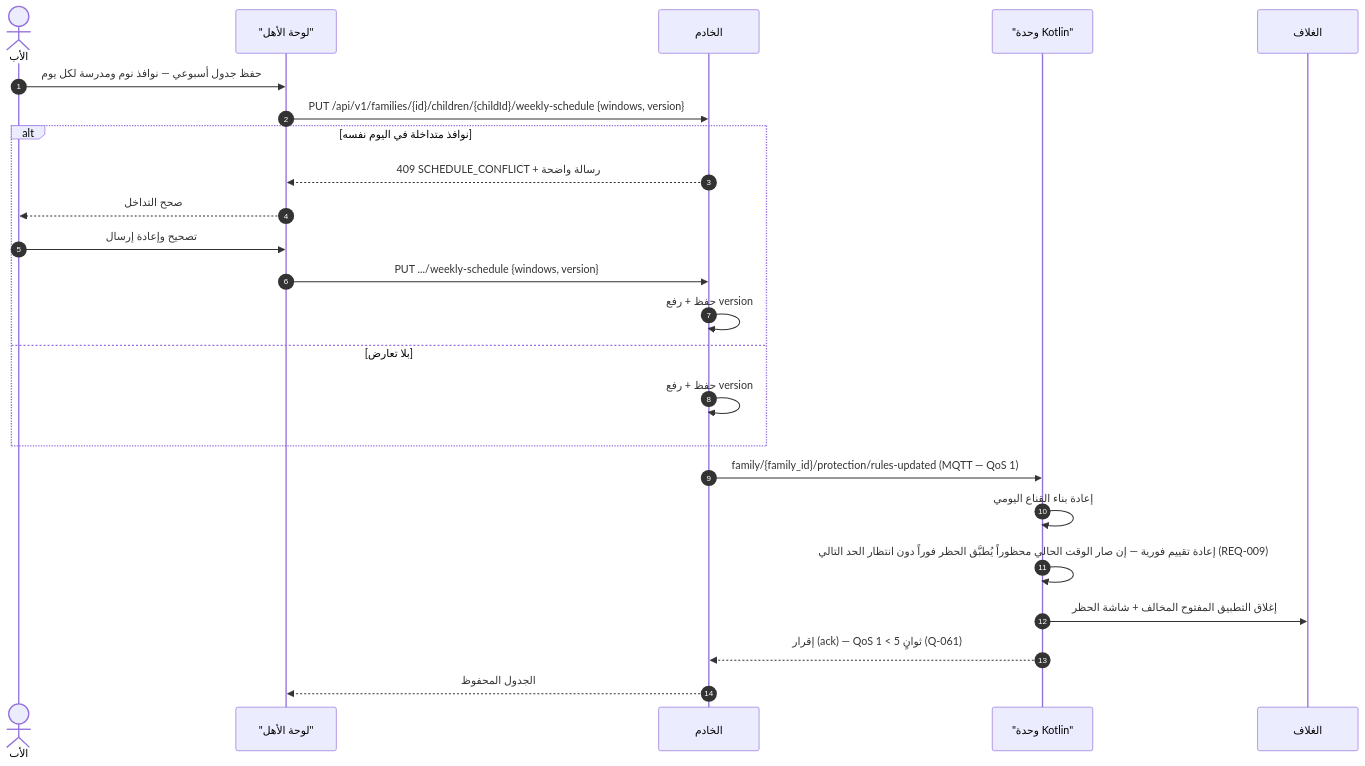
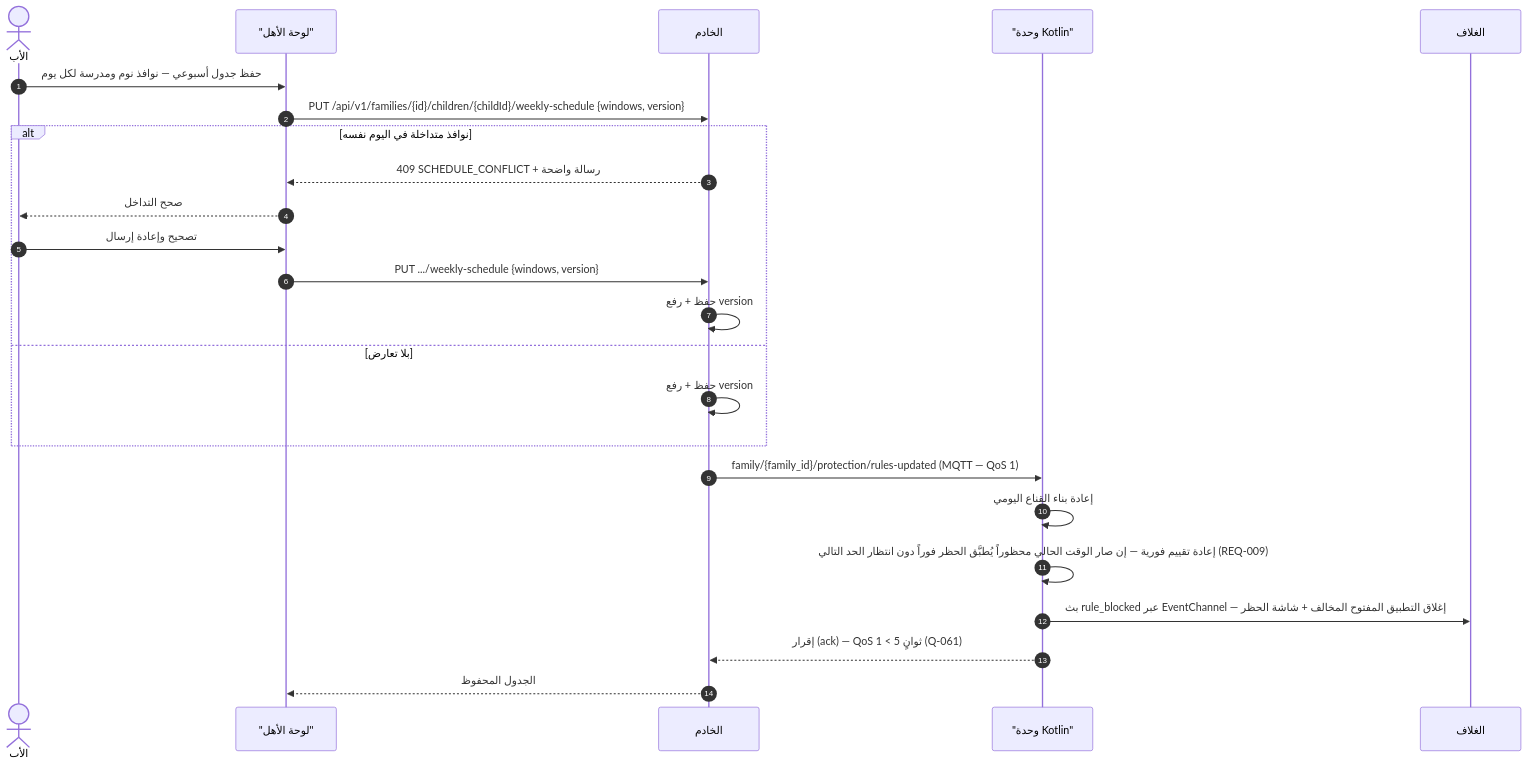
The fourth of 14 diagrams in docs/family-os/governance/phases/phase-1/S1-10-protection-and-enforcement/DIAGRAMS.md (Bassam-mohammed-alqaeadi/family-os-v2), drawn with Mermaid before and after one commit. The commit also changed other lines of this file and 3 other files, not shown here.

````diff
--- a/docs/family-os/governance/phases/phase-1/S1-10-protection-and-enforcement/DIAGRAMS.md
+++ b/docs/family-os/governance/phases/phase-1/S1-10-protection-and-enforcement/DIAGRAMS.md
@@ -232,26 +231,26 @@
 ```mermaid
 sequenceDiagram
     autonumber
     actor Father as الأب
     participant Flutter as "لوحة الأهل"
     participant Ktor as الخادم
     participant K as "وحدة Kotlin"
     participant Shell as الغلاف
     Father->>Flutter: حفظ جدول أسبوعي — نوافذ نوم ومدرسة لكل يوم
     Flutter->>Ktor: PUT /api/v1/families/{id}/children/{childId}/weekly-schedule {windows, version}
     alt نوافذ متداخلة في اليوم نفسه
         Ktor-->>Flutter: 409 SCHEDULE_CONFLICT + رسالة واضحة
         Flutter-->>Father: صحح التداخل
         Father->>Flutter: تصحيح وإعادة إرسال
         Flutter->>Ktor: PUT .../weekly-schedule {windows, version}
         Ktor->>Ktor: حفظ + رفع version
     else بلا تعارض
         Ktor->>Ktor: حفظ + رفع version
     end
     Ktor->>K: family/{family_id}/protection/rules-updated (MQTT — QoS 1)
     K->>K: إعادة بناء القناع اليومي
     K->>K: إعادة تقييم فورية — إن صار الوقت الحالي محظوراً يُطبَّق الحظر فوراً دون انتظار الحد التالي (REQ-009)
-    K->>Shell: إغلاق التطبيق المفتوح المخالف + شاشة الحظر
+    K->>Shell: بث rule_blocked عبر EventChannel — إغلاق التطبيق المفتوح المخالف + شاشة الحظر
     K-->>Ktor: إقرار (ack) — QoS 1 < 5 ثوانٍ (Q-061)
     Ktor-->>Flutter: الجدول المحفوظ
 ```
````
